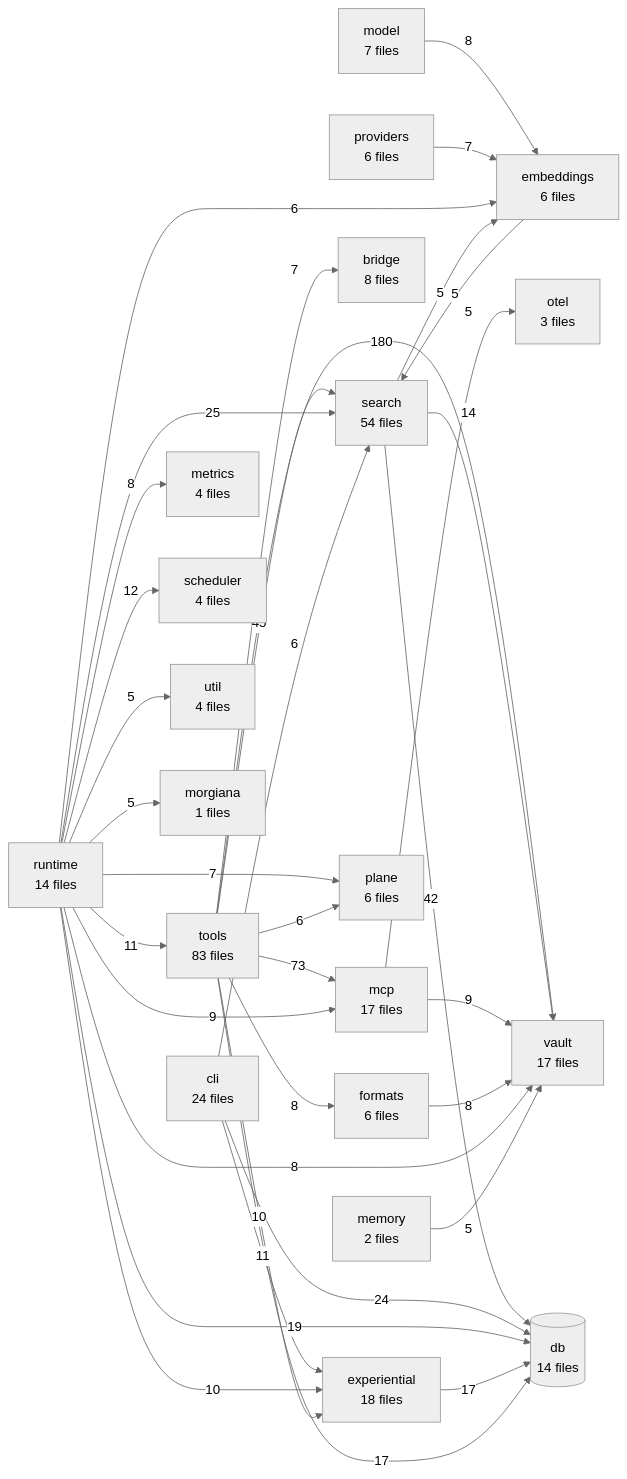
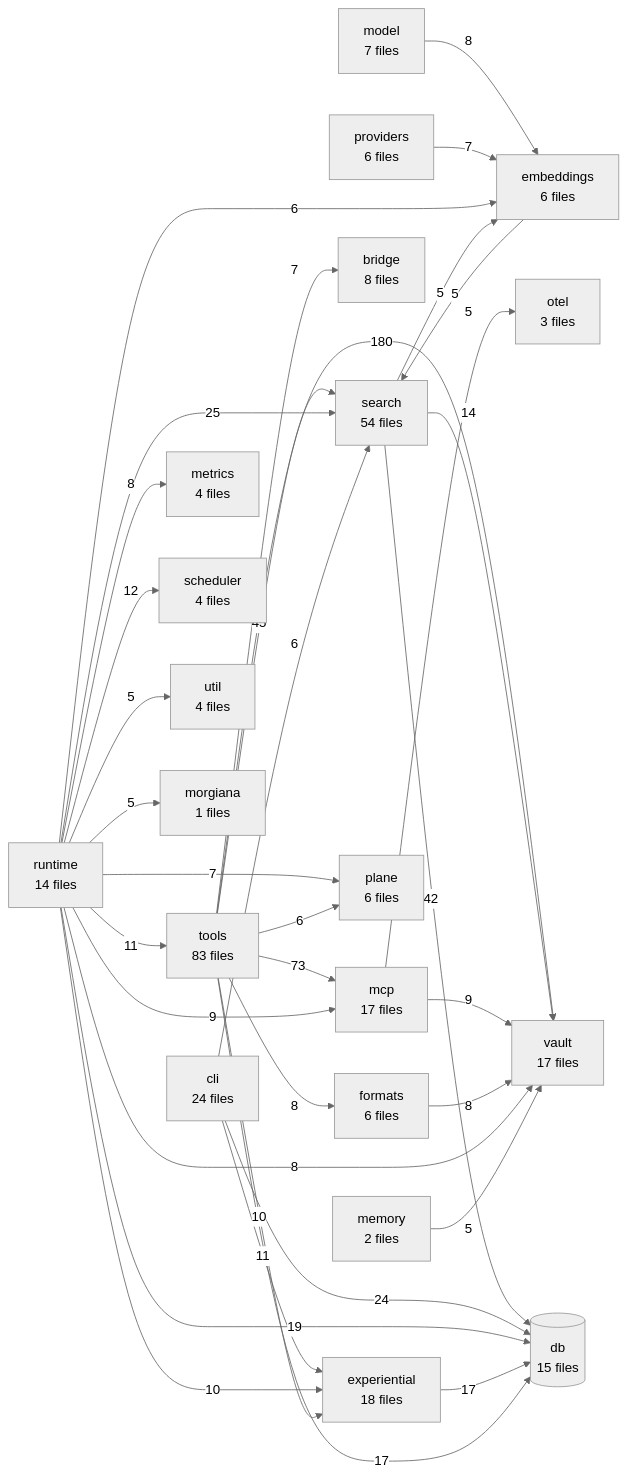
The diagram in TREE.md (The-40-Thieves/obsidian-tc), drawn with Mermaid (neutral theme) before and after one commit. The commit also changed other lines of this file and 6 other files, not shown here.

````diff
--- a/TREE.md
+++ b/TREE.md
@@ -301,58 +301,58 @@
 ```mermaid
 flowchart LR
   tools[tools<br/>83 files]
   search[search<br/>54 files]
   cli[cli<br/>24 files]
   experiential[experiential<br/>18 files]
   mcp[mcp<br/>17 files]
   vault[vault<br/>17 files]
-  db[(db<br/>14 files)]
+  db[(db<br/>15 files)]
   runtime[runtime<br/>14 files]
   bridge[bridge<br/>8 files]
   model[model<br/>7 files]
   embeddings[embeddings<br/>6 files]
   formats[formats<br/>6 files]
   plane[plane<br/>6 files]
   providers[providers<br/>6 files]
   metrics[metrics<br/>4 files]
   scheduler[scheduler<br/>4 files]
   util[util<br/>4 files]
   otel[otel<br/>3 files]
   memory[memory<br/>2 files]
   morgiana[morgiana<br/>1 files]
 
   tools -->|180| vault
   tools -->|73| mcp
   tools -->|45| search
   search -->|42| db
   runtime -->|25| search
   cli -->|24| db
   runtime -->|19| db
   experiential -->|17| db
   tools -->|17| db
   search -->|14| vault
   runtime -->|12| scheduler
   cli -->|11| experiential
   runtime -->|11| tools
   runtime -->|10| experiential
   tools -->|10| experiential
   mcp -->|9| vault
   runtime -->|9| mcp
   formats -->|8| vault
   model -->|8| embeddings
   runtime -->|8| metrics
   runtime -->|8| vault
   tools -->|8| formats
   providers -->|7| embeddings
   runtime -->|7| plane
   tools -->|7| bridge
   cli -->|6| search
   runtime -->|6| embeddings
   tools -->|6| plane
   embeddings -->|5| search
   mcp -->|5| otel
   memory -->|5| vault
   runtime -->|5| util
   runtime -->|5| morgiana
   search -->|5| embeddings
 ```
````
